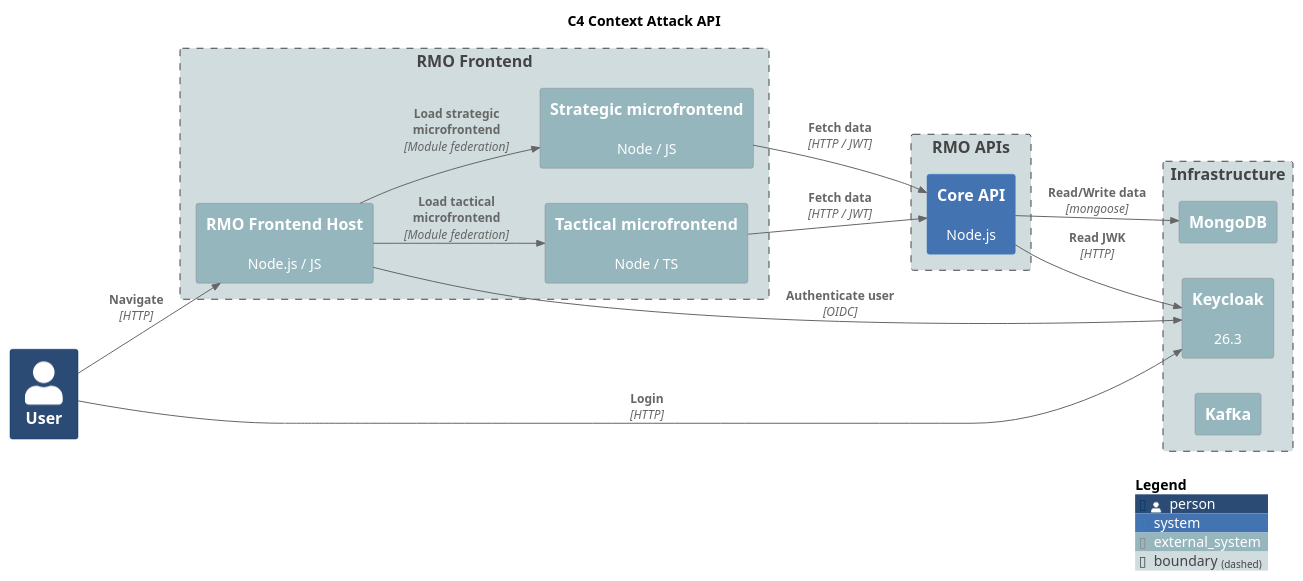
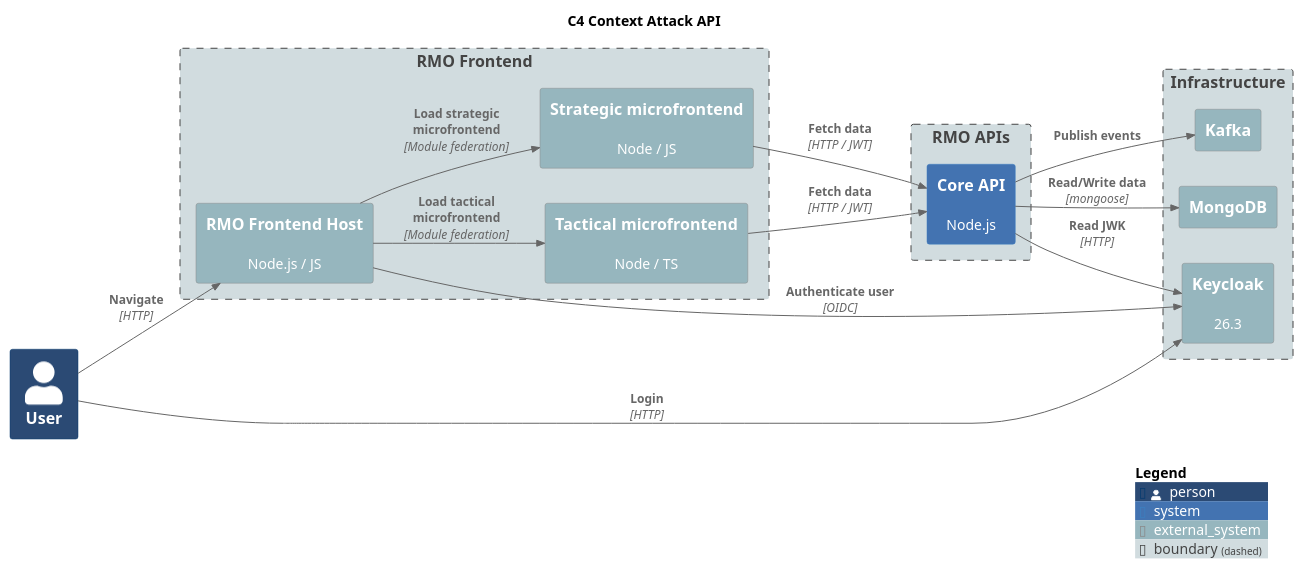
The diagram in diagrams/c4-context.plantuml (labcabrera/rmu-api-core), drawn with PlantUML before and after one commit. The commit also changed 33 other files, not shown here.

```diff
--- a/diagrams/c4-context.plantuml
+++ b/diagrams/c4-context.plantuml
@@ -1,49 +1,51 @@
 @startuml C4 Context Attack API
 title C4 Context Attack API
 
 !include https://raw.githubusercontent.com/plantuml-stdlib/C4-PlantUML/master/C4_Context.puml
 
 LAYOUT_LEFT_RIGHT()
 
 UpdateElementStyle(person, $bgColor="#2b4a74ff")
 UpdateElementStyle(system, $bgColor="#4373b1ff")
 UpdateElementStyle(external_system, $bgColor="#96b6beff")
 UpdateElementStyle(boundary, $bgColor="#d1dcdfff")
 
 Person(user, "User")
 
 Boundary(frontend, "RMO Frontend") {
     System_Ext(rmu_fe_host, "RMO Frontend Host", "Node.js / JS")
     System_Ext(rmu_fe_strategic, "Strategic microfrontend", "Node / JS")
     System_Ext(rmu_fe_tactical, "Tactical microfrontend", "Node / TS")
 }
 
 Boundary(apis, "RMO APIs") {
     System(rmu_api_core, "Core API", "Node.js")
 }
 
 Boundary(infrastructure, "Infrastructure") {
     System_Ext(mongodb, "MongoDB", "")
     System_Ext(keycloak, "Keycloak", "26.3")
     System_Ext(kafka, "Kafka", "")
 }
 
 Rel(user, rmu_fe_host, "Navigate", "HTTP")
 Rel(user, keycloak, "Login", "HTTP")
 
 ' Frontends
 
 Rel(rmu_fe_host, rmu_fe_strategic, "Load strategic microfrontend", "Module federation")
 Rel(rmu_fe_host, rmu_fe_tactical, "Load tactical microfrontend", "Module federation")
 Rel(rmu_fe_host, keycloak, "Authenticate user", "OIDC")
 
 Rel(rmu_fe_strategic, rmu_api_core, "Fetch data", "HTTP / JWT")
 Rel(rmu_fe_tactical, rmu_api_core, "Fetch data", "HTTP / JWT")
 
 Rel(rmu_api_core, mongodb, "Read/Write data", "mongoose")
 
 Rel(rmu_api_core, keycloak, "Read JWK", "HTTP")
 
+Rel(rmu_api_core, kafka, "Publish events", "")
+
 SHOW_LEGEND()
 
 @enduml
```
